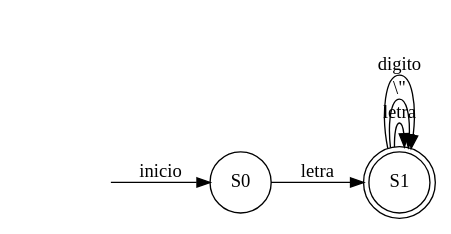
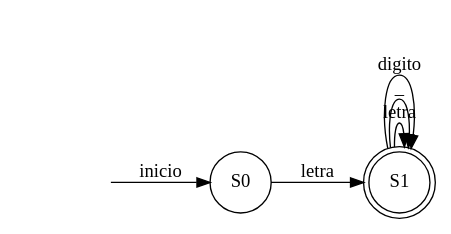
One commit to EstuardoSon/OCL1_202003894_P1 changed the diagram in Reportes_202003894/AFD_202003894/ExpReg1.dot. Above: the diagram before and after it, drawn with Graphviz. The commit also changed 41 other files, not shown here.

```diff
--- a/Reportes_202003894/AFD_202003894/ExpReg1.dot
+++ b/Reportes_202003894/AFD_202003894/ExpReg1.dot
@@ -1,10 +1,10 @@
 digraph G{
 rankdir = LR;
 inicio[style="invis"];inicio->S0 [label="inicio"];
 S0[label="S0"shape=circle];
 S0 -> S1[label="letra"]
 S1[label="S1"shape=doublecircle];
 S1 -> S1[label="letra"]
-S1 -> S1[label="\\\""];
+S1 -> S1[label="_"]
 S1 -> S1[label="digito"]
 }
```
